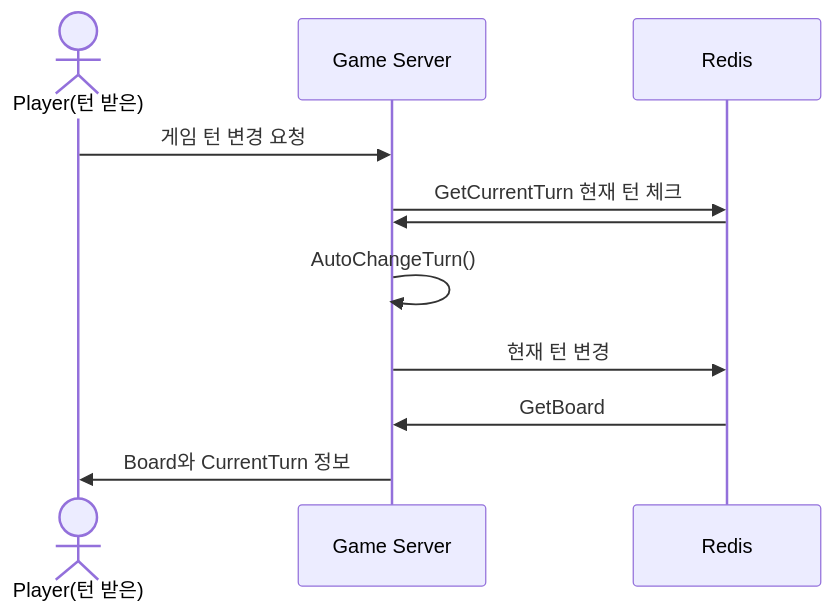
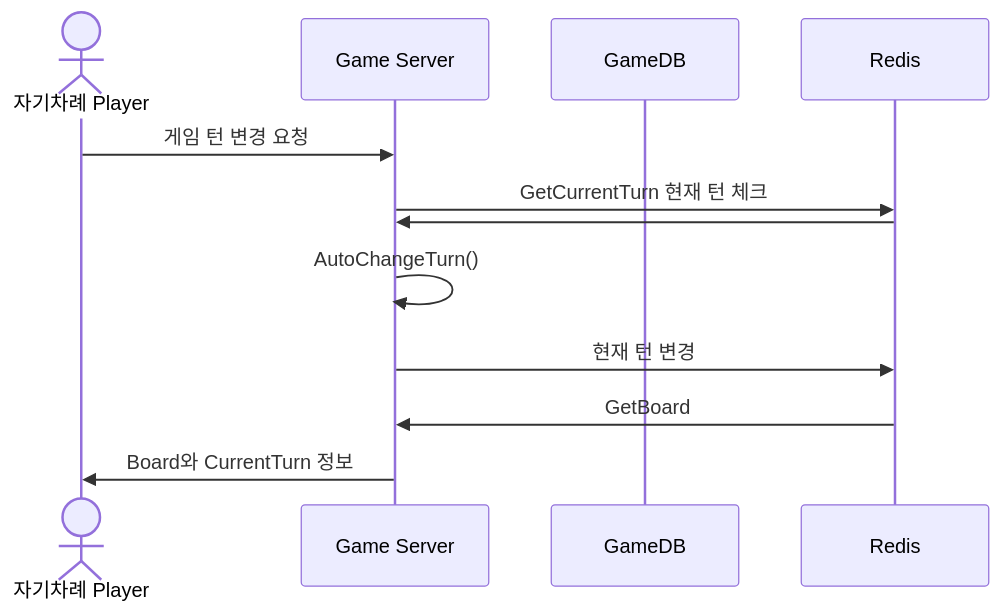
One commit to yujinS0/Omok-Game changed the second of 4 diagrams in SequenceDiagram/GamePlay.md. Above: the diagram before and after it, drawn with Mermaid. The commit also changed other lines of this file, not shown here.

````diff
--- a/SequenceDiagram/GamePlay.md
+++ b/SequenceDiagram/GamePlay.md
@@ -38,15 +38,16 @@
 ```mermaid
 sequenceDiagram
-	actor Player(턴 받은)
-	participant Game Server
-  	participant Redis
+	actor P as 자기차례 Player
+	participant G as Game Server
+	participant GD as GameDB
+  	participant R as Redis
 
-	Player(턴 받은) ->> Game Server : 게임 턴 변경 요청
-	Game Server ->> Redis : GetCurrentTurn 현재 턴 체크
-  	Redis ->> Game Server : 
-	  Game Server ->> Game Server : AutoChangeTurn()
-	  Game Server ->> Redis : 현재 턴 변경
-	  Redis ->> Game Server : GetBoard
-	  Game Server ->> Player(턴 받은) : Board와 CurrentTurn 정보
+	P ->> G : 게임 턴 변경 요청
+	G ->> R : GetCurrentTurn 현재 턴 체크
+  	R ->> G : 
+	G ->> G : AutoChangeTurn()
+	G ->> R : 현재 턴 변경
+	R ->> G  : GetBoard
+	G ->> P : Board와 CurrentTurn 정보
 
 ```
````
